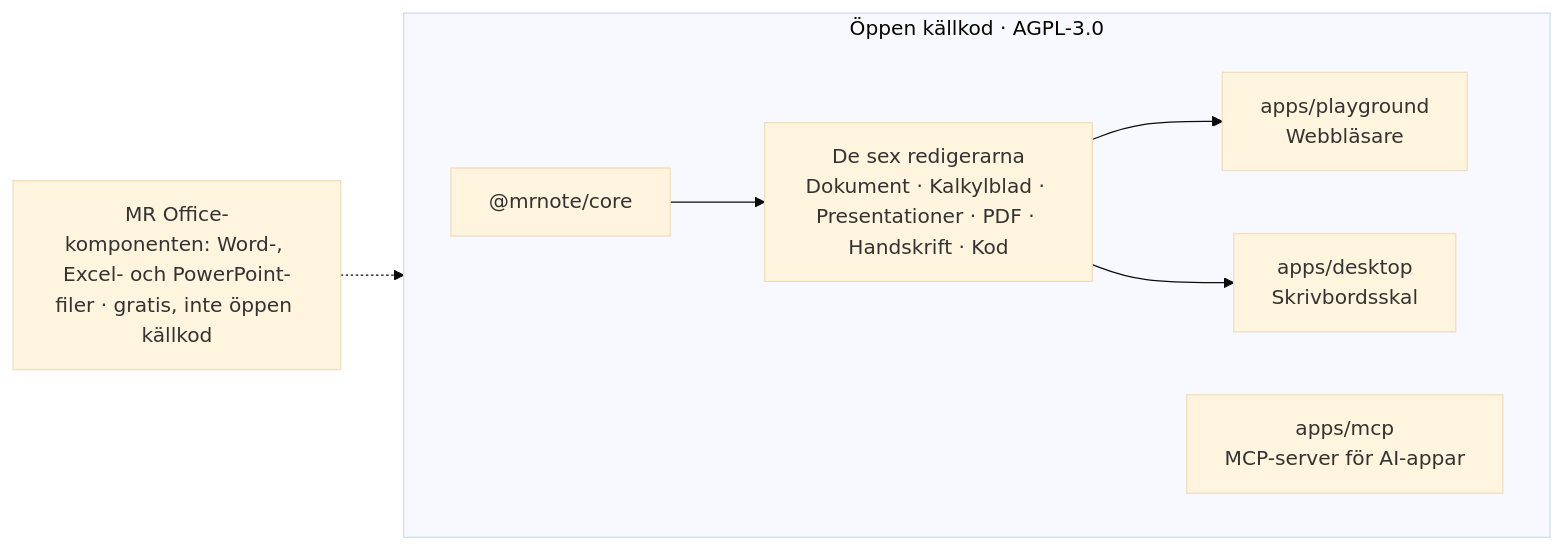
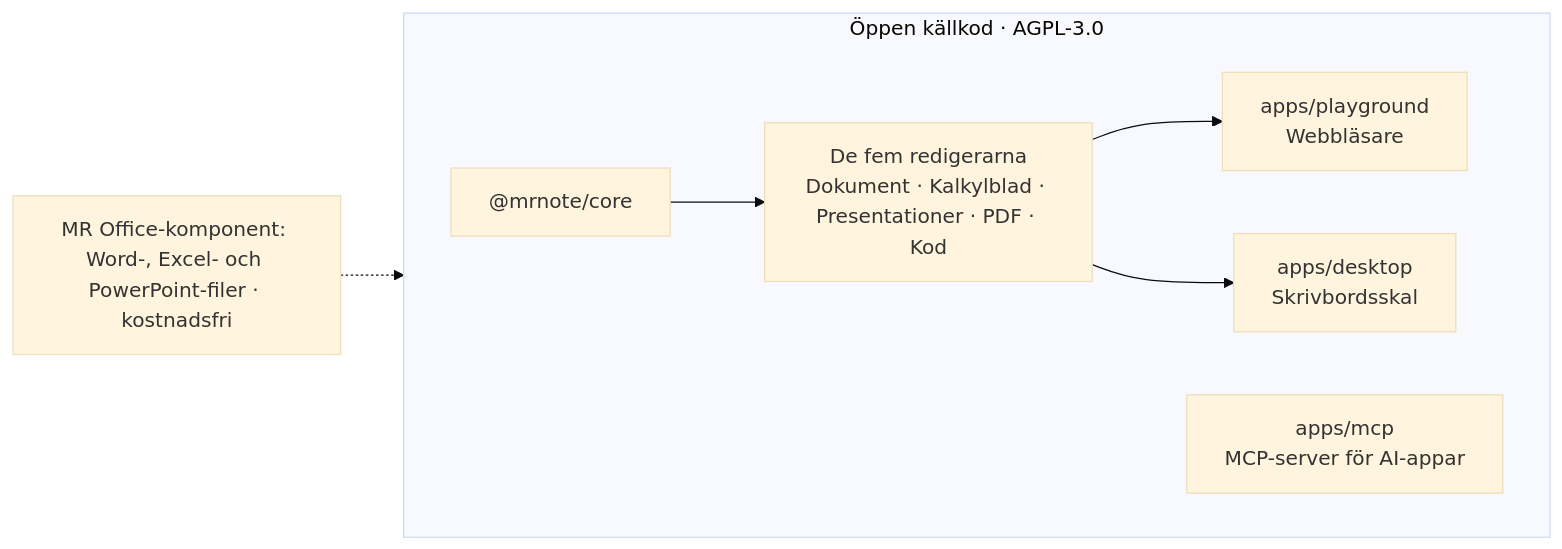
The diagram in i18n/README.sv.md (WhaleChao/MROffice), drawn with Mermaid (base theme) before and after one commit. The commit also changed other lines of this file and 621 other files, not shown here.

````diff
--- a/i18n/README.sv.md
+++ b/i18n/README.sv.md
@@ -130,11 +128,11 @@
 ```mermaid
 flowchart LR
   subgraph OSS["Öppen källkod · AGPL-3.0"]
     direction LR
-    core["@mrnote/core"] --> E["De sex redigerarna<br/>Dokument · Kalkylblad · Presentationer · PDF · Handskrift · Kod"]
+    core["@mrnote/core"] --> E["De fem redigerarna<br/>Dokument · Kalkylblad · Presentationer · PDF · Kod"]
     E --> PG["apps/playground<br/>Webbläsare"]
     E --> DS["apps/desktop<br/>Skrivbordsskal"]
     MCP["apps/mcp<br/>MCP-server för AI-appar"]
   end
-  COMP["MR Office-komponenten: Word-, Excel- och PowerPoint-filer · gratis, inte öppen källkod"] -.-> DS
+  COMP["MR Office-komponent: Word-, Excel- och PowerPoint-filer · kostnadsfri"] -.-> DS
 ```
````
